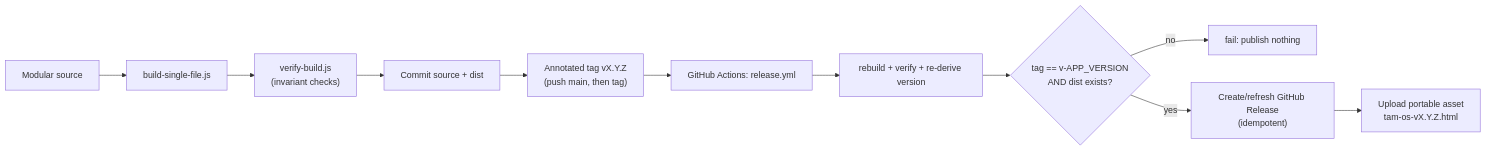
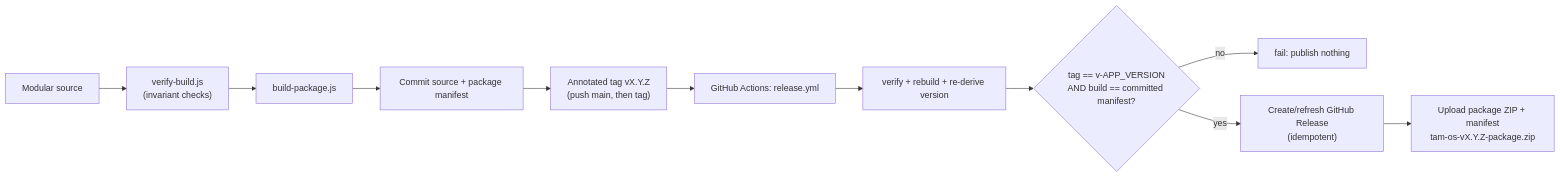
The third of 3 diagrams in ARCHITECTURE.md (fanoryu/TAM-OS-Next), drawn with Mermaid before and after one commit. The commit also changed other lines of this file and 40 other files, not shown here.

First line of the commit message:
build: add strict-CSP deployment package

````diff
--- a/ARCHITECTURE.md
+++ b/ARCHITECTURE.md
@@ -439,13 +444,13 @@
 ```mermaid
 flowchart LR
-  SRC["Modular source"] --> BUILD["build-single-file.js"]
-  BUILD --> VERIFY["verify-build.js<br/>(invariant checks)"]
-  VERIFY --> COMMIT["Commit source + dist"]
+  SRC["Modular source"] --> VERIFY["verify-build.js<br/>(invariant checks)"]
+  VERIFY --> BUILD["build-package.js"]
+  BUILD --> COMMIT["Commit source + package manifest"]
   COMMIT --> TAG["Annotated tag vX.Y.Z<br/>(push main, then tag)"]
   TAG --> GA["GitHub Actions: release.yml"]
-  GA --> REBUILD["rebuild + verify + re-derive version"]
-  REBUILD --> GATE{"tag == v-APP_VERSION<br/>AND dist exists?"}
+  GA --> REBUILD["verify + rebuild + re-derive version"]
+  REBUILD --> GATE{"tag == v-APP_VERSION<br/>AND build == committed manifest?"}
   GATE -->|no| STOP["fail: publish nothing"]
   GATE -->|yes| REL["Create/refresh GitHub Release<br/>(idempotent)"]
-  REL --> ASSET["Upload portable asset<br/>tam-os-vX.Y.Z.html"]
+  REL --> ASSET["Upload package ZIP + manifest<br/>tam-os-vX.Y.Z-package.zip"]
 ```
````
